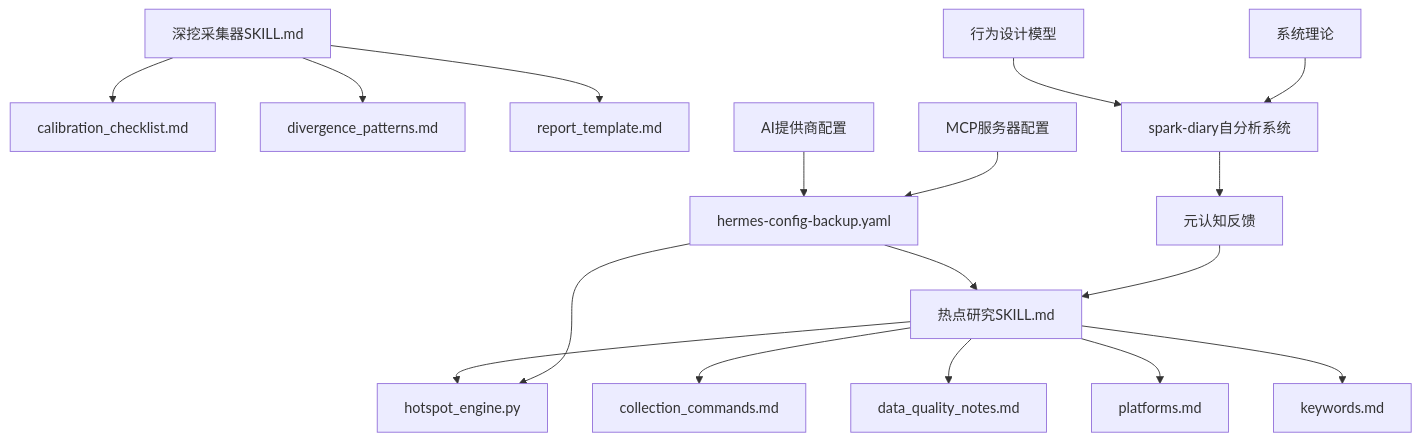
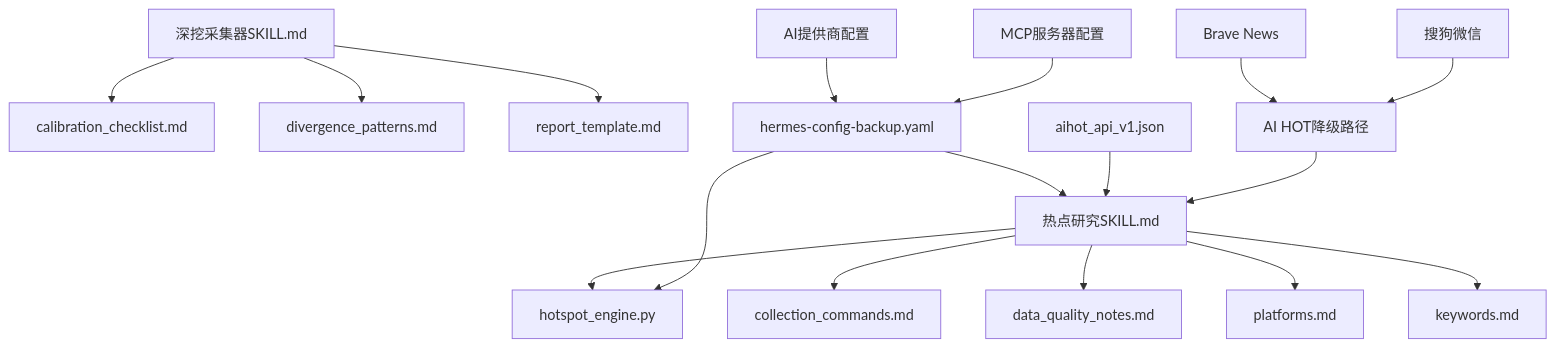
One commit to John198912/hermes_workspace changed diagram 15 of 15 in .qoder/repowiki/zh/content/核心技能详解/核心技能详解.md. Above: the diagram before and after it, drawn with Mermaid. The commit also changed other lines of this file and 36 other files, not shown here.

````diff
--- a/.qoder/repowiki/zh/content/核心技能详解/核心技能详解.md
+++ b/.qoder/repowiki/zh/content/核心技能详解/核心技能详解.md
@@ -670,19 +708,19 @@
 ```mermaid
 graph TB
 HR_SKILL["热点研究SKILL.md"] --> ENG["hotspot_engine.py"]
 HR_SKILL --> COLM["collection_commands.md"]
 HR_SKILL --> DQUAL["data_quality_notes.md"]
 HR_SKILL --> PLAT["platforms.md"]
 HR_SKILL --> KW["keywords.md"]
 EX_SKILL["深挖采集器SKILL.md"] --> CAL["calibration_checklist.md"]
 EX_SKILL --> DIV["divergence_patterns.md"]
 EX_SKILL --> TPL["report_template.md"]
 HERMES_CONFIG["hermes-config-backup.yaml"] --> HR_SKILL
 HERMES_CONFIG --> ENG
+AIHOT_CONFIG["aihot_api_v1.json"] --> HR_SKILL
 PROVIDERS["AI提供商配置"] --> HERMES_CONFIG
 MCP_SERVERS["MCP服务器配置"] --> HERMES_CONFIG
-SPARK_DIAG["spark-diary自分析系统"] --> META_FEEDBACK["元认知反馈"]
-META_FEEDBACK --> HR_SKILL
-BEHAVIOR_MODELS["行为设计模型"] --> SPARK_DIAG
-SYSTEM_THEORY["系统理论"] --> SPARK_DIAG
+BRNEWS["Brave News"] --> AIHOT_FALLBACK["AI HOT降级路径"]
+SOGOU["搜狗微信"] --> AIHOT_FALLBACK
+AIHOT_FALLBACK --> HR_SKILL
 ```
````
